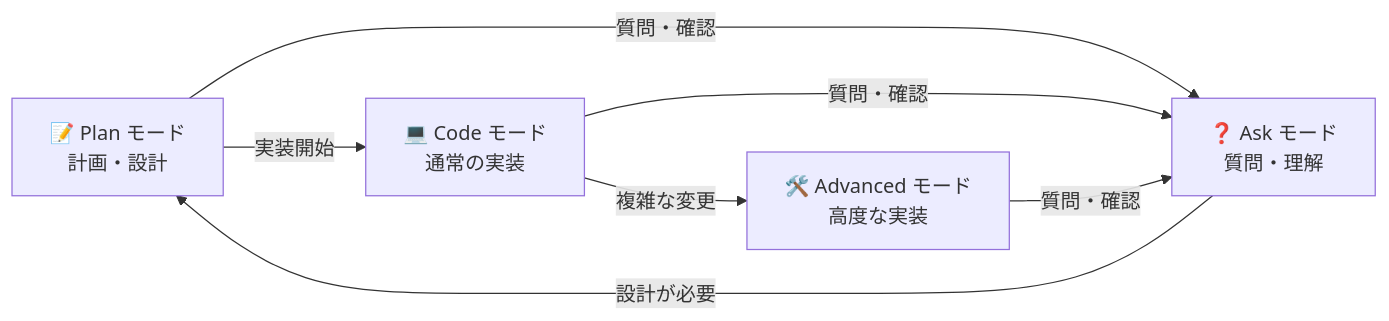
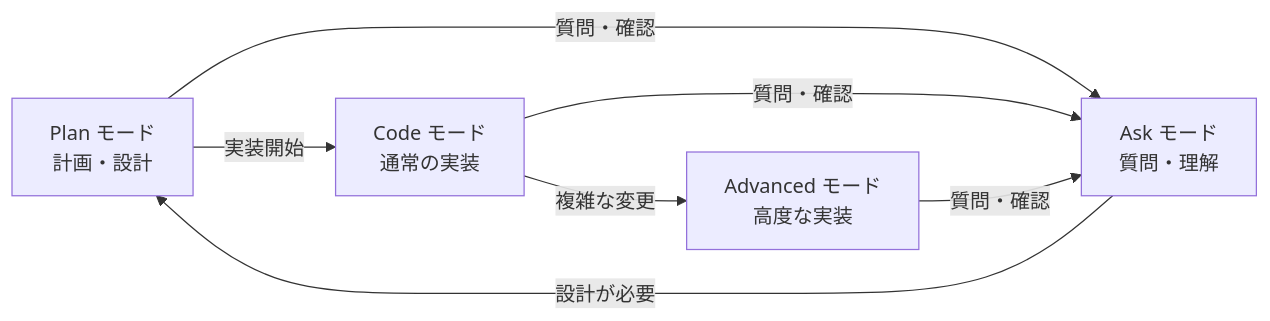
The second of 2 diagrams in README.md (skoibuchi/bob-handson-app-java-todo-application-html), drawn with Mermaid before and after one commit. The commit also changed other lines of this file and 2 other files, not shown here.

````diff
--- a/README.md
+++ b/README.md
@@ -45,10 +88,9 @@
 ```mermaid
 graph LR
-    A[📝 Plan モード<br/>計画・設計] -->|実装開始| B[💻 Code モード<br/>通常の実装]
-    B -->|複雑な変更| C[🛠️ Advanced モード<br/>高度な実装]
-    A -->|質問・確認| D[❓ Ask モード<br/>質問・理解]
+    A[Plan モード<br/>計画・設計] -->|実装開始| B[Code モード<br/>通常の実装]
+    B -->|複雑な変更| C[Advanced モード<br/>高度な実装]
+    A -->|質問・確認| D[Ask モード<br/>質問・理解]
     B -->|質問・確認| D
     C -->|質問・確認| D
     D -->|設計が必要| A
-
 ```
````
